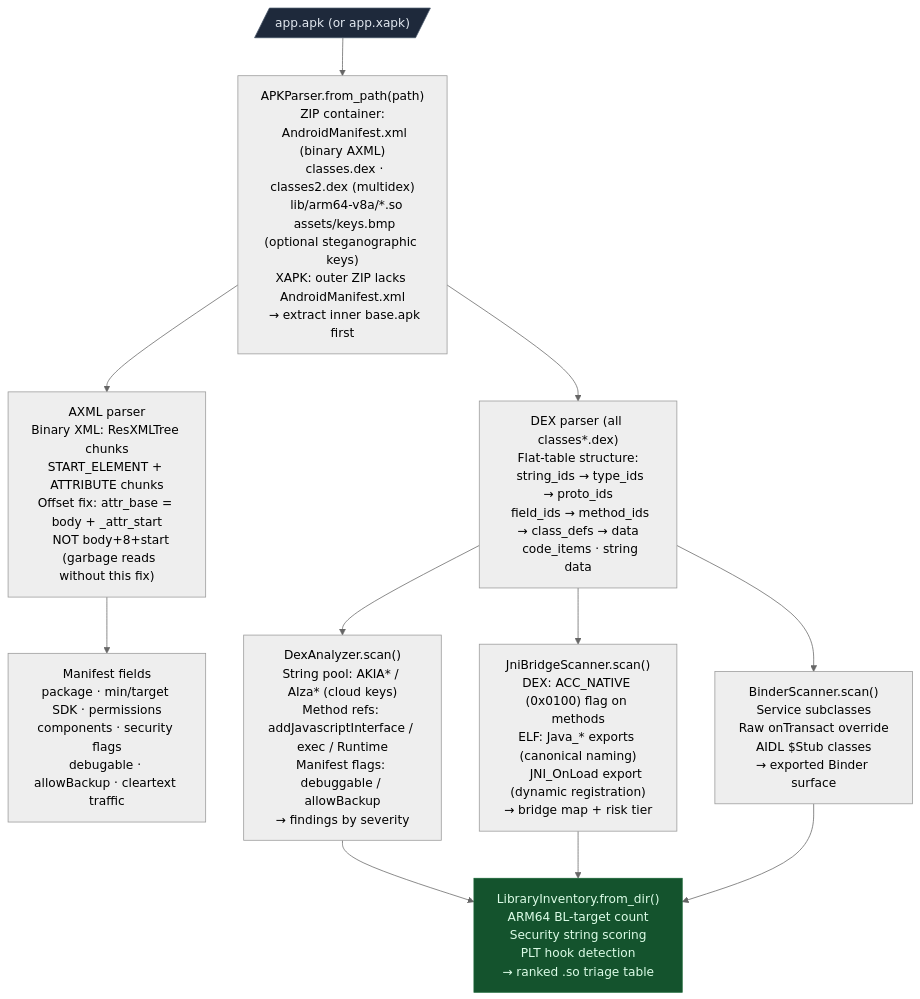
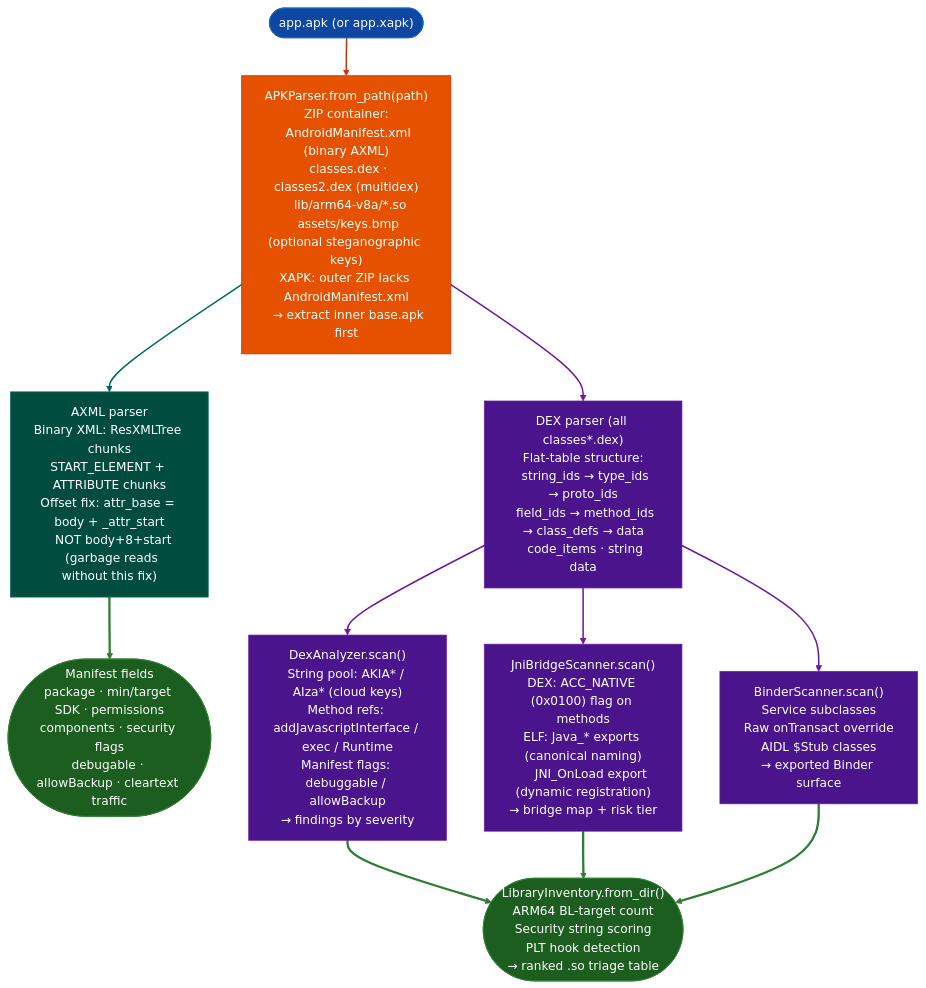
Before and after one commit to Ablation-Tool/ablation: the diagram in docs/reference-modules/android.md, drawn with Mermaid (neutral theme). The commit also changed 320 other files, not shown here.

First line of the commit message:
docs: apply canonical Mermaid template to all 321 diagrams

````diff
--- a/docs/reference-modules/android.md
+++ b/docs/reference-modules/android.md
@@ -52,23 +52,36 @@
 ```mermaid
 flowchart TD
-    A[/"app.apk (or app.xapk)"/] --> B["APKParser.from_path(path)\nZIP container:\n  AndroidManifest.xml (binary AXML)\n  classes.dex · classes2.dex (multidex)\n  lib/arm64-v8a/*.so\n  assets/keys.bmp (optional steganographic keys)\nXAPK: outer ZIP lacks AndroidManifest.xml\n  → extract inner base.apk first"]
+    A(["app.apk (or app.xapk)"]):::input --> B["APKParser.from_path(path)\nZIP container:\n  AndroidManifest.xml (binary AXML)\n  classes.dex · classes2.dex (multidex)\n  lib/arm64-v8a/*.so\n  assets/keys.bmp (optional steganographic keys)\nXAPK: outer ZIP lacks AndroidManifest.xml\n  → extract inner base.apk first"]:::primary
 
-    B --> C["AXML parser\nBinary XML: ResXMLTree chunks\nSTART_ELEMENT + ATTRIBUTE chunks\nOffset fix: attr_base = body + _attr_start\n  NOT body+8+start\n  (garbage reads without this fix)"]
+    B:::primary --> C["AXML parser\nBinary XML: ResXMLTree chunks\nSTART_ELEMENT + ATTRIBUTE chunks\nOffset fix: attr_base = body + _attr_start\n  NOT body+8+start\n  (garbage reads without this fix)"]:::secondary
 
-    B --> D["DEX parser (all classes*.dex)\nFlat-table structure:\n  string_ids → type_ids → proto_ids\n  field_ids → method_ids → class_defs → data\n  code_items · string data"]
+    B:::primary --> D["DEX parser (all classes*.dex)\nFlat-table structure:\n  string_ids → type_ids → proto_ids\n  field_ids → method_ids → class_defs → data\n  code_items · string data"]:::tertiary
 
-    C --> E["Manifest fields\npackage · min/target SDK · permissions\ncomponents · security flags\ndebugable · allowBackup · cleartext traffic"]
+    C:::secondary --> E(["Manifest fields\npackage · min/target SDK · permissions\ncomponents · security flags\ndebugable · allowBackup · cleartext traffic"]):::output
 
-    D --> F["DexAnalyzer.scan()\nString pool: AKIA* / AIza* (cloud keys)\nMethod refs: addJavascriptInterface / exec / Runtime\nManifest flags: debuggable / allowBackup\n→ findings by severity"]
+    D:::tertiary --> F["DexAnalyzer.scan()\nString pool: AKIA* / AIza* (cloud keys)\nMethod refs: addJavascriptInterface / exec / Runtime\nManifest flags: debuggable / allowBackup\n→ findings by severity"]:::tertiary
 
-    D --> G["JniBridgeScanner.scan()\nDEX: ACC_NATIVE (0x0100) flag on methods\nELF: Java_* exports (canonical naming)\n     JNI_OnLoad export (dynamic registration)\n→ bridge map + risk tier"]
+    D:::tertiary --> G["JniBridgeScanner.scan()\nDEX: ACC_NATIVE (0x0100) flag on methods\nELF: Java_* exports (canonical naming)\n     JNI_OnLoad export (dynamic registration)\n→ bridge map + risk tier"]:::tertiary
 
-    D --> H["BinderScanner.scan()\nService subclasses\nRaw onTransact override\nAIDL $Stub classes\n→ exported Binder surface"]
+    D:::tertiary --> H["BinderScanner.scan()\nService subclasses\nRaw onTransact override\nAIDL $Stub classes\n→ exported Binder surface"]:::tertiary
 
-    F --> I["LibraryInventory.from_dir()\nARM64 BL-target count\nSecurity string scoring\nPLT hook detection\n→ ranked .so triage table"]
-    G --> I
-    H --> I
-
-    style A fill:#1e293b,stroke:#475569,color:#e2e8f0
-    style I fill:#14532d,stroke:#166534,color:#dcfce7
+    F:::tertiary --> I(["LibraryInventory.from_dir()\nARM64 BL-target count\nSecurity string scoring\nPLT hook detection\n→ ranked .so triage table"]):::output
+    G:::tertiary --> I:::output
+    H:::tertiary --> I:::output
+    classDef input     fill:#0d47a1,stroke:#1565c0,color:#fff
+    classDef primary   fill:#e65100,stroke:#bf360c,color:#fff
+    classDef secondary fill:#004d40,stroke:#00695c,color:#fff
+    classDef tertiary  fill:#4a148c,stroke:#6a1b9a,color:#fff
+    classDef neutral   fill:#37474f,stroke:#546e7a,color:#fff
+    classDef output    fill:#1b5e20,stroke:#2e7d32,color:#fff
+    linkStyle 0 stroke:#bf360c,stroke-width:2px
+    linkStyle 1 stroke:#00695c,stroke-width:2px
+    linkStyle 2 stroke:#6a1b9a,stroke-width:2px
+    linkStyle 3 stroke:#2e7d32,stroke-width:3px
+    linkStyle 4 stroke:#6a1b9a,stroke-width:2px
+    linkStyle 5 stroke:#6a1b9a,stroke-width:2px
+    linkStyle 6 stroke:#6a1b9a,stroke-width:2px
+    linkStyle 7 stroke:#2e7d32,stroke-width:3px
+    linkStyle 8 stroke:#2e7d32,stroke-width:3px
+    linkStyle 9 stroke:#2e7d32,stroke-width:3px
 ```
````
